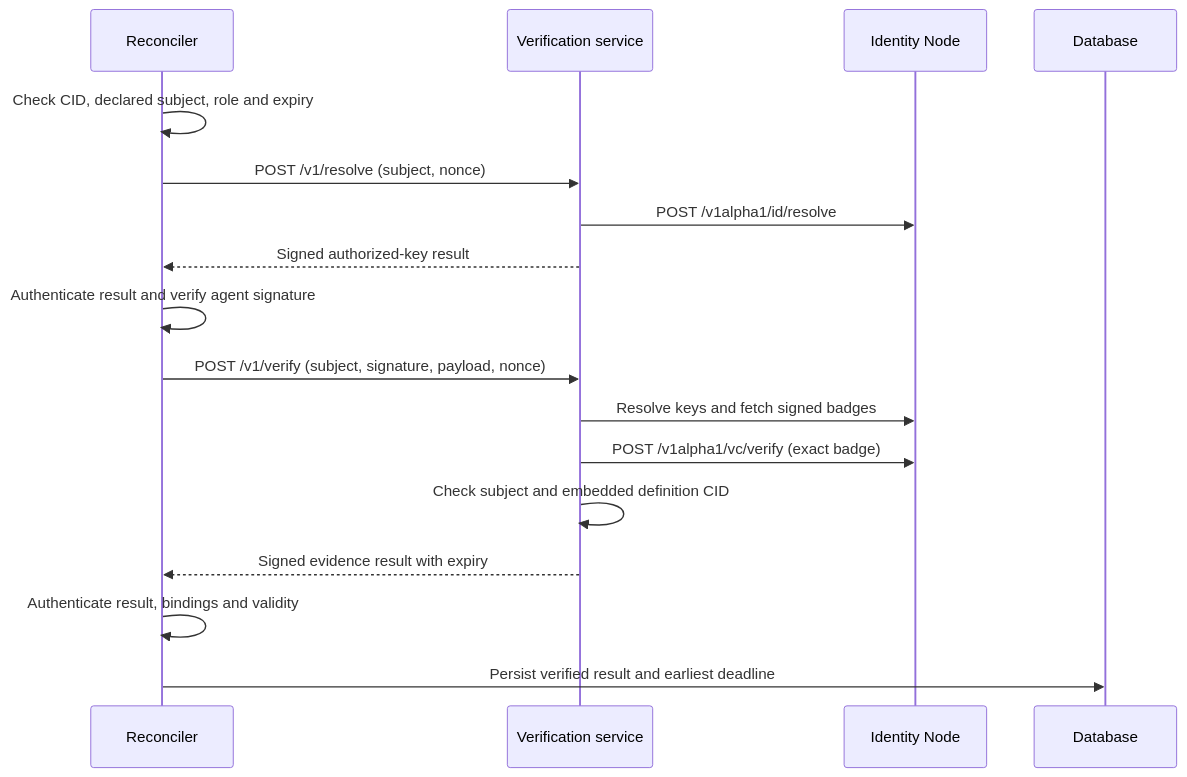
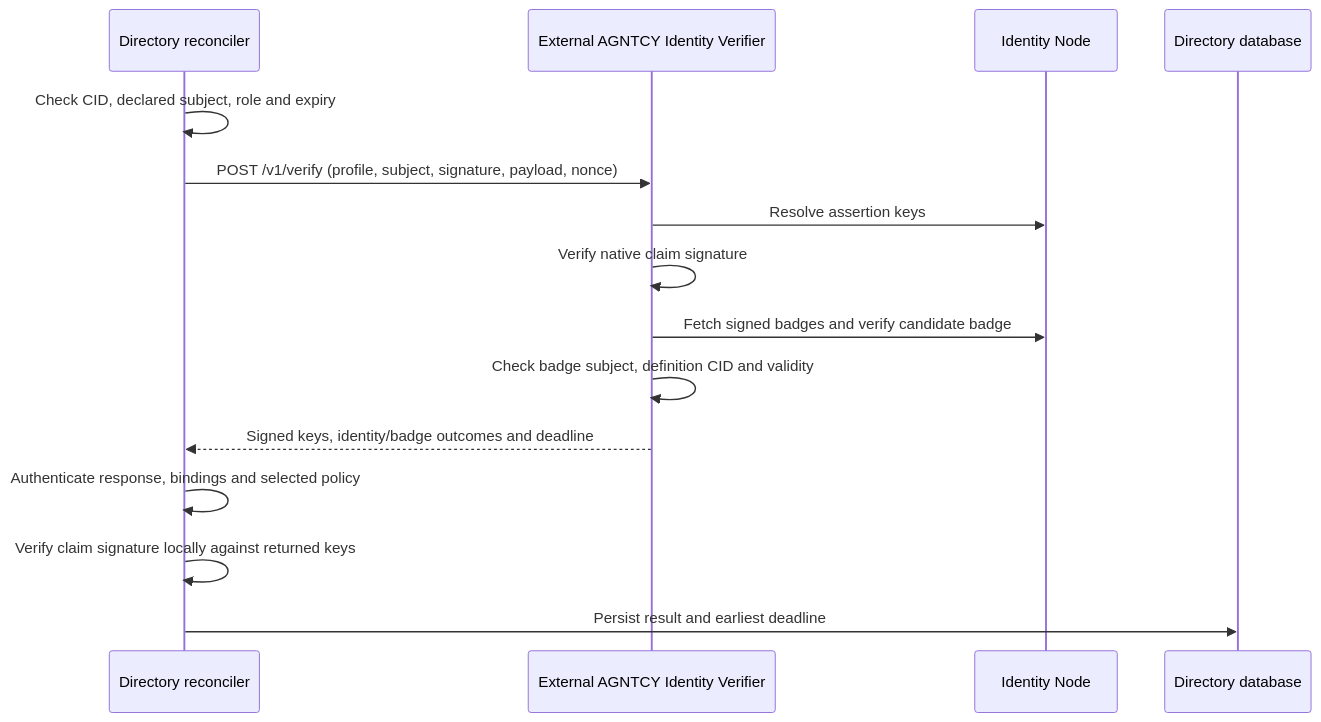
One commit to agntcy/dir changed the second of 3 diagrams in docs/content/dir/dir-component-identity-agntcy.md. Above: the diagram before and after it, drawn with Mermaid. The commit also changed other lines of this file and 17 other files, not shown here.

Commit message:
refactor(identity): resolve AGNTCY claims through external verifier

````diff
--- a/docs/content/dir/dir-component-identity-agntcy.md
+++ b/docs/content/dir/dir-component-identity-agntcy.md
@@ -81,19 +89,17 @@
 ```mermaid
 sequenceDiagram
-    participant R as Reconciler
-    participant V as Verification service
+    participant R as Directory reconciler
+    participant V as External AGNTCY Identity Verifier
     participant N as Identity Node
-    participant D as Database
+    participant D as Directory database
     R->>R: Check CID, declared subject, role and expiry
-    R->>V: POST /v1/resolve (subject, nonce)
-    V->>N: POST /v1alpha1/id/resolve
-    V-->>R: Signed authorized-key result
-    R->>R: Authenticate result and verify agent signature
-    R->>V: POST /v1/verify (subject, signature, payload, nonce)
-    V->>N: Resolve keys and fetch signed badges
-    V->>N: POST /v1alpha1/vc/verify (exact badge)
-    V->>V: Check subject and embedded definition CID
-    V-->>R: Signed evidence result with expiry
-    R->>R: Authenticate result, bindings and validity
-    R->>D: Persist verified result and earliest deadline
+    R->>V: POST /v1/verify (profile, subject, signature, payload, nonce)
+    V->>N: Resolve assertion keys
+    V->>V: Verify native claim signature
+    V->>N: Fetch signed badges and verify candidate badge
+    V->>V: Check badge subject, definition CID and validity
+    V-->>R: Signed keys, identity/badge outcomes and deadline
+    R->>R: Authenticate response, bindings and selected policy
+    R->>R: Verify claim signature locally against returned keys
+    R->>D: Persist result and earliest deadline
 ```
````
